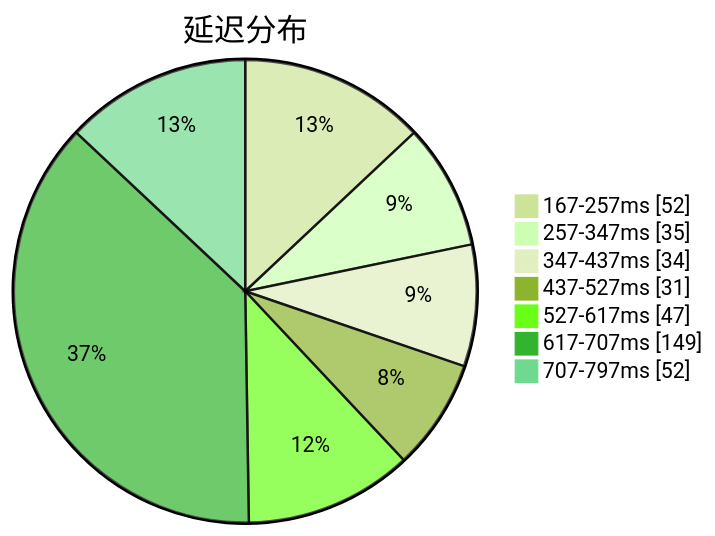
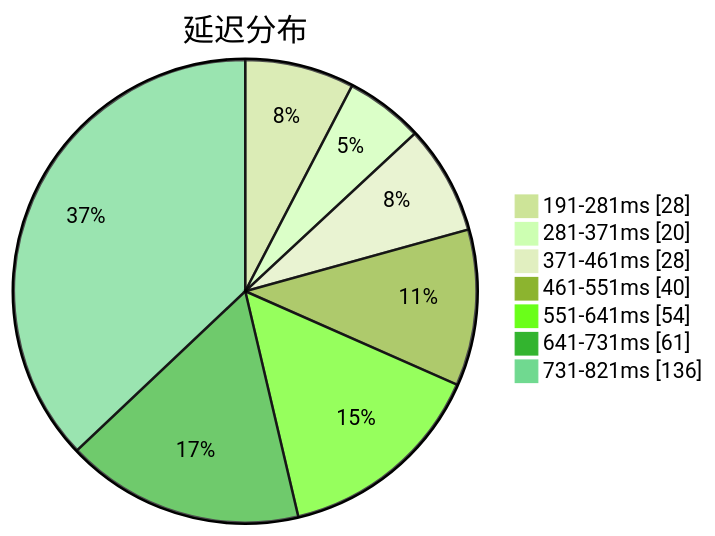
Before and after one commit to qjlxg/airport: the first of 3 diagrams in subs/statistics/tested_within.md, drawn with Mermaid (forest theme). The commit also changed other lines of this file and 2 other files, not shown here.

````diff
--- a/subs/statistics/tested_within.md
+++ b/subs/statistics/tested_within.md
@@ -2,11 +2,11 @@
 ```mermaid
 pie showData
 title 延迟分布
-"167-257ms" : 52
-"257-347ms" : 35
-"347-437ms" : 34
-"437-527ms" : 31
-"527-617ms" : 47
-"617-707ms" : 149
-"707-797ms" : 52
+"191-281ms" : 28
+"281-371ms" : 20
+"371-461ms" : 28
+"461-551ms" : 40
+"551-641ms" : 54
+"641-731ms" : 61
+"731-821ms" : 136
 ```
````
